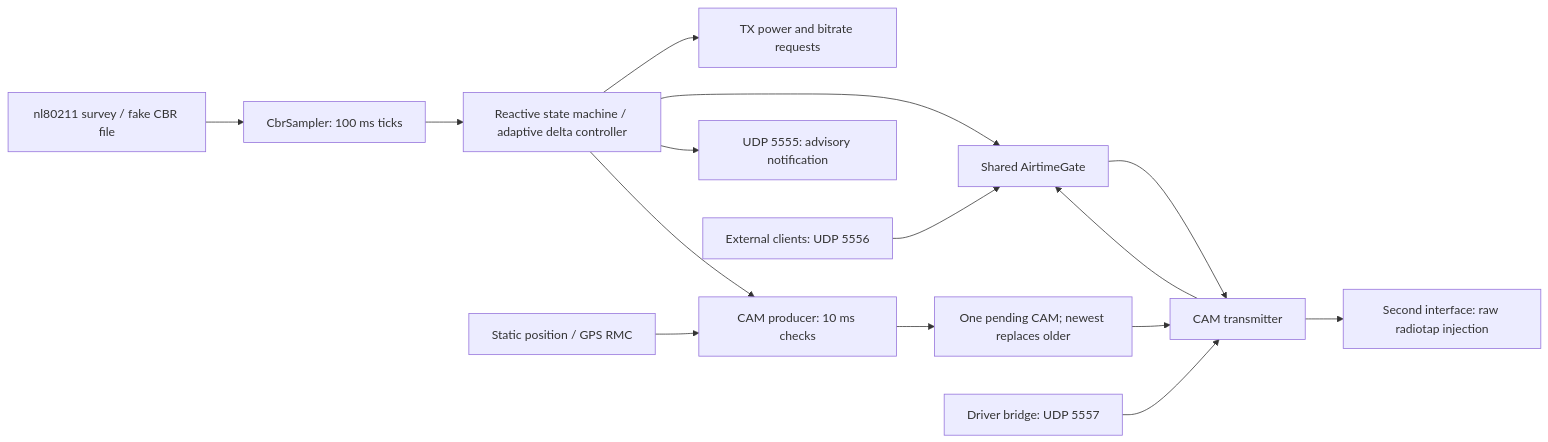
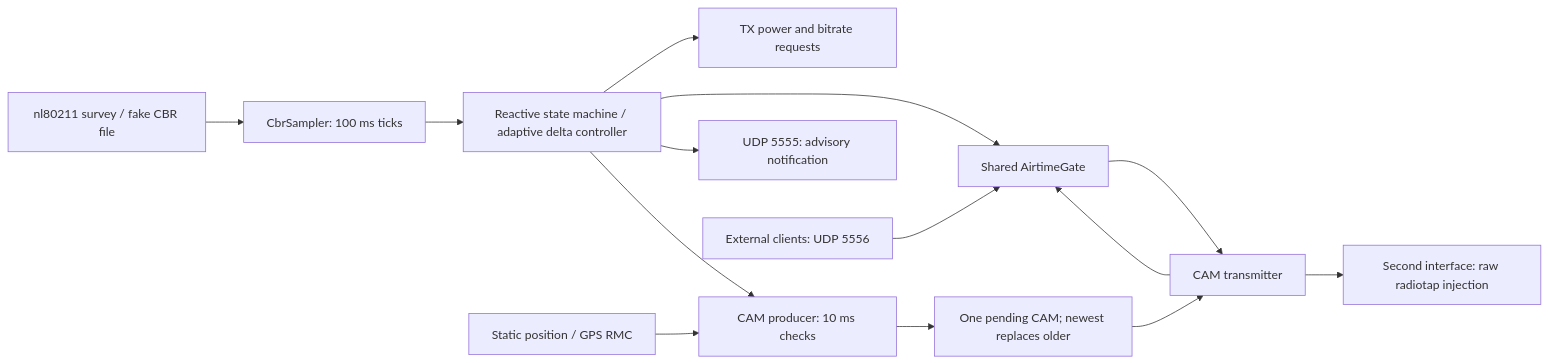
The diagram in CODEBASE_ANALYSIS.md (netlab-dief/DCC), drawn with Mermaid before and after one commit. The commit also changed other lines of this file and 22 other files, not shown here.

````diff
--- a/CODEBASE_ANALYSIS.md
+++ b/CODEBASE_ANALYSIS.md
@@ -9,17 +9,16 @@
 ```mermaid
 flowchart LR
     Survey["nl80211 survey / fake CBR file"] --> Sampler["CbrSampler: 100 ms ticks"]
     Sampler --> Controller["Reactive state machine / adaptive delta controller"]
     Controller --> RadioSettings["TX power and bitrate requests"]
     Controller --> Gate["Shared AirtimeGate"]
     Controller --> Advisory["UDP 5555: advisory notification"]
     Controller --> Generation["CAM producer: 10 ms checks"]
     Source["Static position / GPS RMC"] --> Generation
     Generation --> Latest["One pending CAM; newest replaces older"]
     Latest --> TX["CAM transmitter"]
     Gate --> TX
     External["External clients: UDP 5556"] --> Gate
     TX --> Radio["Second interface: raw radiotap injection"]
-    Bridge["Driver bridge: UDP 5557"] --> TX
     TX --> Gate
 ```
````
